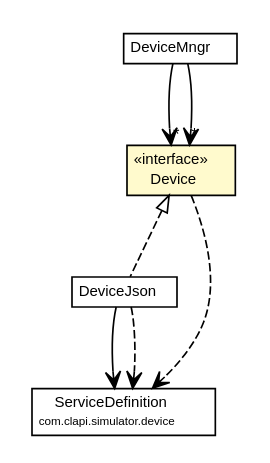
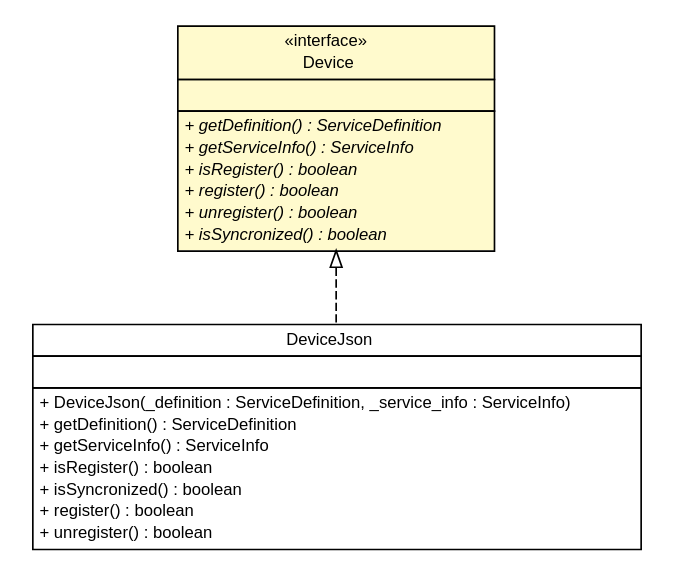
One commit to ericpinet/ConnectLife changed the diagram in javadoc/coreserver/com/connectlife/coreserver/environment/device/Device.dot. Above: the diagram before and after it, drawn with Graphviz. The commit also changed 432 other files, not shown here.

```diff
--- a/javadoc/coreserver/com/connectlife/coreserver/environment/device/Device.dot
+++ b/javadoc/coreserver/com/connectlife/coreserver/environment/device/Device.dot
@@ -1,50 +1,50 @@
 #!/usr/local/bin/dot
 #
 # Class diagram 
 # Generated by UMLGraph version 5.1 (http://www.umlgraph.org/)
 #
 
 digraph G {
 	edge [fontname="Helvetica",fontsize=10,labelfontname="Helvetica",labelfontsize=10];
 	node [fontname="Helvetica",fontsize=10,shape=plaintext];
 	nodesep=0.25;
 	ranksep=0.5;
 	// com.connectlife.coreserver.environment.device.Device
-	c1432 [label=<<table title="com.connectlife.coreserver.environment.device.Device" border="0" cellborder="1" cellspacing="0" cellpadding="2" port="p" bgcolor="lemonChiffon" href="./Device.html">
+	c1306 [label=<<table title="com.connectlife.coreserver.environment.device.Device" border="0" cellborder="1" cellspacing="0" cellpadding="2" port="p" bgcolor="lemonChiffon" href="./Device.html">
 		<tr><td><table border="0" cellspacing="0" cellpadding="1">
 <tr><td align="center" balign="center"> &#171;interface&#187; </td></tr>
 <tr><td align="center" balign="center"> Device </td></tr>
 		</table></td></tr>
-		</table>>, fontname="Helvetica", fontcolor="black", fontsize=9.0];
-	// com.connectlife.coreserver.environment.device.DeviceMngr
-	c1435 [label=<<table title="com.connectlife.coreserver.environment.device.DeviceMngr" border="0" cellborder="1" cellspacing="0" cellpadding="2" port="p" href="./DeviceMngr.html">
 		<tr><td><table border="0" cellspacing="0" cellpadding="1">
-<tr><td align="center" balign="center"> DeviceMngr </td></tr>
+<tr><td align="left" balign="left">  </td></tr>
 		</table></td></tr>
-		</table>>, fontname="Helvetica", fontcolor="black", fontsize=9.0];
+		<tr><td><table border="0" cellspacing="0" cellpadding="1">
+<tr><td align="left" balign="left"><font face="Helvetica-Oblique" point-size="10.0"> + getDefinition() : ServiceDefinition </font></td></tr>
+<tr><td align="left" balign="left"><font face="Helvetica-Oblique" point-size="10.0"> + getServiceInfo() : ServiceInfo </font></td></tr>
+<tr><td align="left" balign="left"><font face="Helvetica-Oblique" point-size="10.0"> + isRegister() : boolean </font></td></tr>
+<tr><td align="left" balign="left"><font face="Helvetica-Oblique" point-size="10.0"> + register() : boolean </font></td></tr>
+<tr><td align="left" balign="left"><font face="Helvetica-Oblique" point-size="10.0"> + unregister() : boolean </font></td></tr>
+<tr><td align="left" balign="left"><font face="Helvetica-Oblique" point-size="10.0"> + isSyncronized() : boolean </font></td></tr>
+		</table></td></tr>
+		</table>>, fontname="Helvetica", fontcolor="black", fontsize=10.0];
 	// com.connectlife.coreserver.environment.device.DeviceJson
-	c1436 [label=<<table title="com.connectlife.coreserver.environment.device.DeviceJson" border="0" cellborder="1" cellspacing="0" cellpadding="2" port="p" href="./DeviceJson.html">
+	c1310 [label=<<table title="com.connectlife.coreserver.environment.device.DeviceJson" border="0" cellborder="1" cellspacing="0" cellpadding="2" port="p" href="./DeviceJson.html">
 		<tr><td><table border="0" cellspacing="0" cellpadding="1">
 <tr><td align="center" balign="center"> DeviceJson </td></tr>
 		</table></td></tr>
-		</table>>, fontname="Helvetica", fontcolor="black", fontsize=9.0];
+		<tr><td><table border="0" cellspacing="0" cellpadding="1">
+<tr><td align="left" balign="left">  </td></tr>
+		</table></td></tr>
+		<tr><td><table border="0" cellspacing="0" cellpadding="1">
+<tr><td align="left" balign="left"> + DeviceJson(_definition : ServiceDefinition, _service_info : ServiceInfo) </td></tr>
+<tr><td align="left" balign="left"> + getDefinition() : ServiceDefinition </td></tr>
+<tr><td align="left" balign="left"> + getServiceInfo() : ServiceInfo </td></tr>
+<tr><td align="left" balign="left"> + isRegister() : boolean </td></tr>
+<tr><td align="left" balign="left"> + isSyncronized() : boolean </td></tr>
+<tr><td align="left" balign="left"> + register() : boolean </td></tr>
+<tr><td align="left" balign="left"> + unregister() : boolean </td></tr>
+		</table></td></tr>
+		</table>>, fontname="Helvetica", fontcolor="black", fontsize=10.0];
 	//com.connectlife.coreserver.environment.device.DeviceJson implements com.connectlife.coreserver.environment.device.Device
-	c1432:p -> c1436:p [dir=back,arrowtail=empty,style=dashed];
-	// com.connectlife.coreserver.environment.device.DeviceMngr NAVASSOC com.connectlife.coreserver.environment.device.Device
-	c1435:p -> c1432:p [taillabel="", label="", headlabel="*", fontname="Helvetica", fontcolor="black", fontsize=10.0, color="black", arrowhead=open];
-	// com.connectlife.coreserver.environment.device.DeviceMngr NAVASSOC com.connectlife.coreserver.environment.device.Device
-	c1435:p -> c1432:p [taillabel="", label="", headlabel="*", fontname="Helvetica", fontcolor="black", fontsize=10.0, color="black", arrowhead=open];
-	// com.connectlife.coreserver.environment.device.DeviceJson NAVASSOC com.clapi.simulator.device.ServiceDefinition
-	c1436:p -> c1454:p [taillabel="", label="", headlabel="", fontname="Helvetica", fontcolor="black", fontsize=10.0, color="black", arrowhead=open];
-	// com.connectlife.coreserver.environment.device.Device DEPEND com.clapi.simulator.device.ServiceDefinition
-	c1432:p -> c1454:p [taillabel="", label="", headlabel="", fontname="Helvetica", fontcolor="black", fontsize=10.0, color="black", arrowhead=open, style=dashed];
-	// com.connectlife.coreserver.environment.device.DeviceJson DEPEND com.clapi.simulator.device.ServiceDefinition
-	c1436:p -> c1454:p [taillabel="", label="", headlabel="", fontname="Helvetica", fontcolor="black", fontsize=10.0, color="black", arrowhead=open, style=dashed];
-	// com.clapi.simulator.device.ServiceDefinition
-	c1454 [label=<<table title="com.clapi.simulator.device.ServiceDefinition" border="0" cellborder="1" cellspacing="0" cellpadding="2" port="p" href="http://java.sun.com/j2se/1.4.2/docs/api/com/clapi/simulator/device/ServiceDefinition.html">
-		<tr><td><table border="0" cellspacing="0" cellpadding="1">
-<tr><td align="center" balign="center"> ServiceDefinition </td></tr>
-<tr><td align="center" balign="center"><font point-size="7.0"> com.clapi.simulator.device </font></td></tr>
-		</table></td></tr>
-		</table>>, fontname="Helvetica", fontcolor="black", fontsize=9.0];
+	c1306:p -> c1310:p [dir=back,arrowtail=empty,style=dashed];
 }
```
